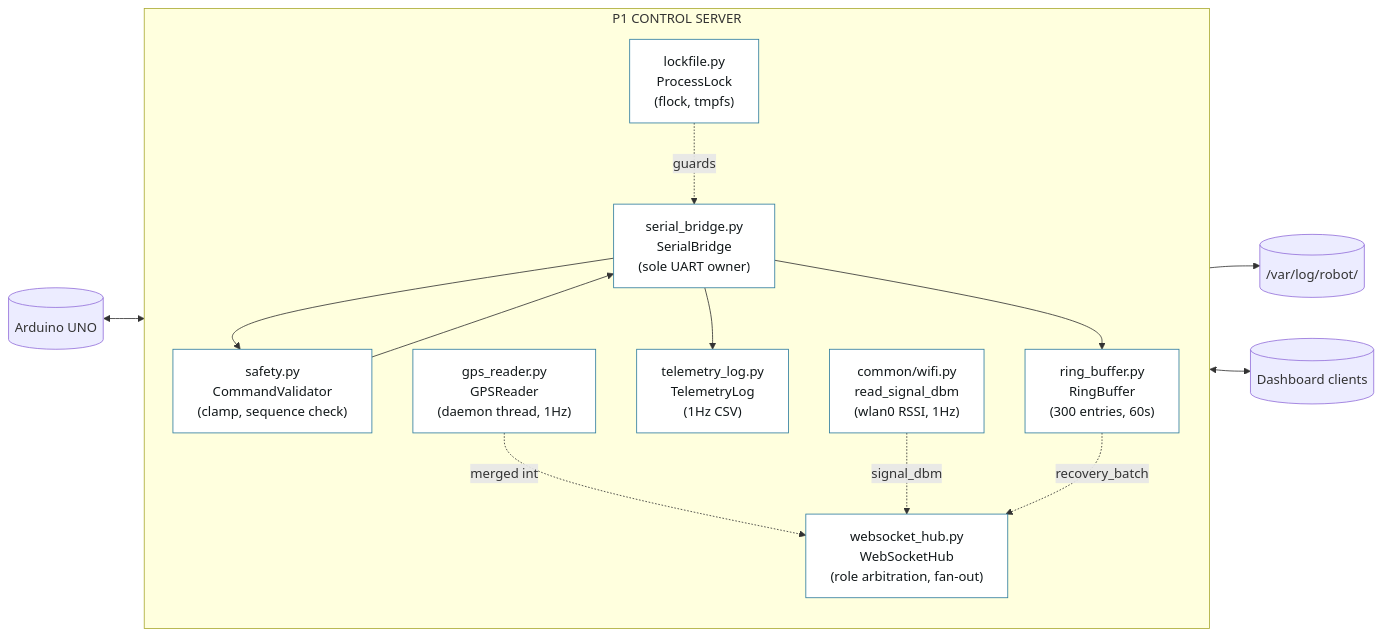
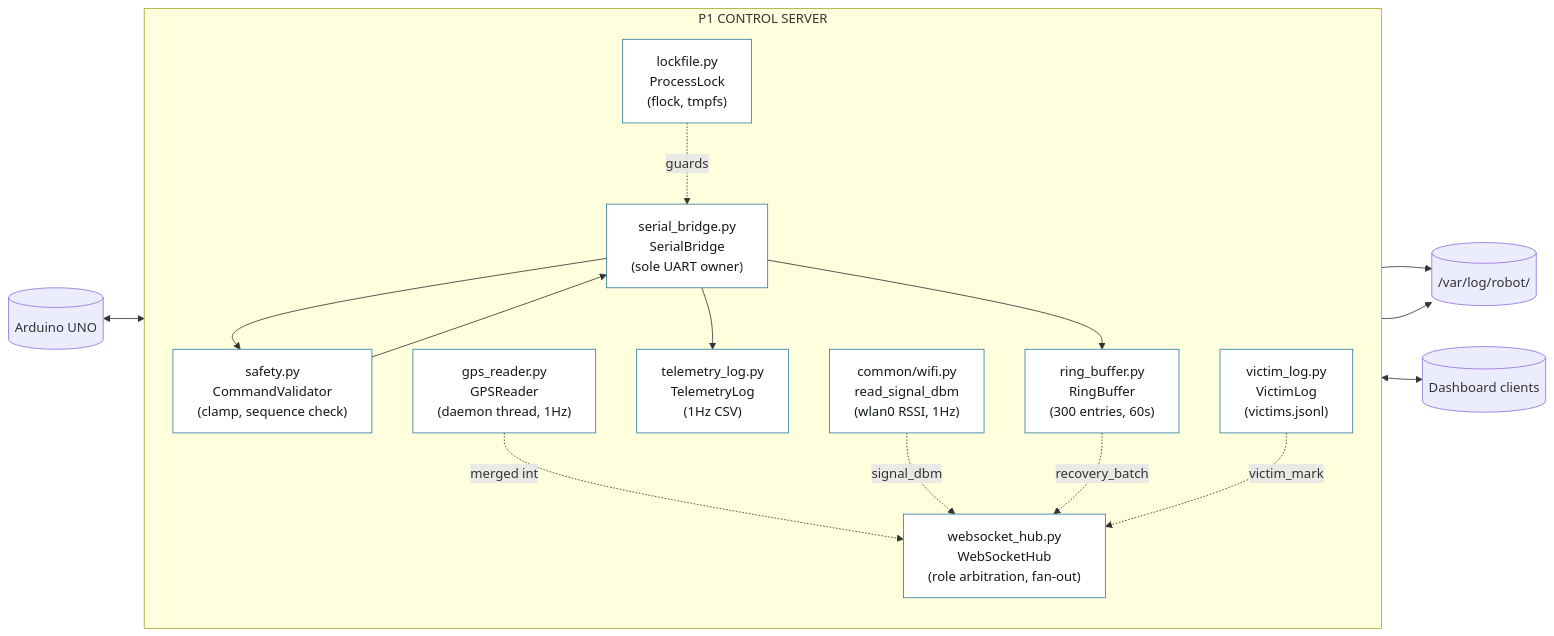
Before and after one commit to baiust999/robort-code-from-pi: the third of 18 diagrams in docs/ARCHITECTURE.md, drawn with Mermaid. The commit also changed other lines of this file and 26 other files, not shown here.

````diff
--- a/docs/ARCHITECTURE.md
+++ b/docs/ARCHITECTURE.md
@@ -119,32 +122,35 @@
 ```mermaid
 flowchart LR
     subgraph p1["P1 CONTROL SERVER"]
         direction TB
         lock["lockfile.py<br/>ProcessLock<br/>(flock, tmpfs)"]
         sb["serial_bridge.py<br/>SerialBridge<br/>(sole UART owner)"]
         safety["safety.py<br/>CommandValidator<br/>(clamp, sequence check)"]
         gps["gps_reader.py<br/>GPSReader<br/>(daemon thread, 1Hz)"]
         ring["ring_buffer.py<br/>RingBuffer<br/>(300 entries, 60s)"]
         hub["websocket_hub.py<br/>WebSocketHub<br/>(role arbitration, fan-out)"]
         tlog["telemetry_log.py<br/>TelemetryLog<br/>(1Hz CSV)"]
         wifi["common/wifi.py<br/>read_signal_dbm<br/>(wlan0 RSSI, 1Hz)"]
+        victims["victim_log.py<br/>VictimLog<br/>(victims.jsonl)"]
     end
 
     arduino[("Arduino UNO")]
     clients[("Dashboard clients")]
     disk[("/var/log/robot/")]
 
     arduino <--> sb
     lock -.guards.-> sb
     sb --> safety
     safety --> sb
     sb --> ring
     sb --> tlog --> disk
     gps -.merged into.-> hub
     wifi -.signal_dbm.-> hub
     ring -.recovery_batch.-> hub
     hub <--> clients
+    victims --> disk
+    victims -.victim_mark.-> hub
 
     classDef mod fill:#fff,stroke:#2F7C9E,color:#12181A;
-    class lock,sb,safety,gps,ring,hub,tlog,wifi mod;
+    class lock,sb,safety,gps,ring,hub,tlog,wifi,victims mod;
 ```
````
